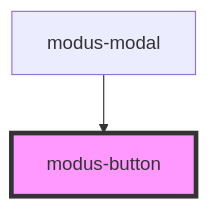
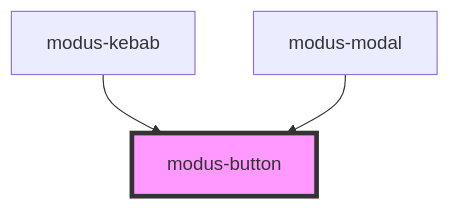
The diagram in stencil-workspace/src/components/modus-button/readme.md (trimble-oss/modus-web-components), drawn with Mermaid before and after one commit. The commit also changed other lines of this file and 14 other files, not shown here.

````diff
--- a/stencil-workspace/src/components/modus-button/readme.md
+++ b/stencil-workspace/src/components/modus-button/readme.md
@@ -50,5 +51,6 @@
 ```mermaid
 graph TD;
+  modus-kebab --> modus-button
   modus-modal --> modus-button
   style modus-button fill:#f9f,stroke:#333,stroke-width:4px
 ```
````
